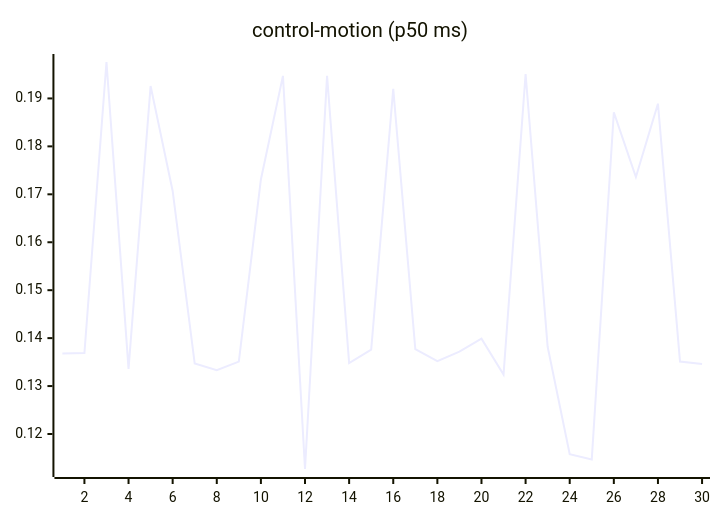
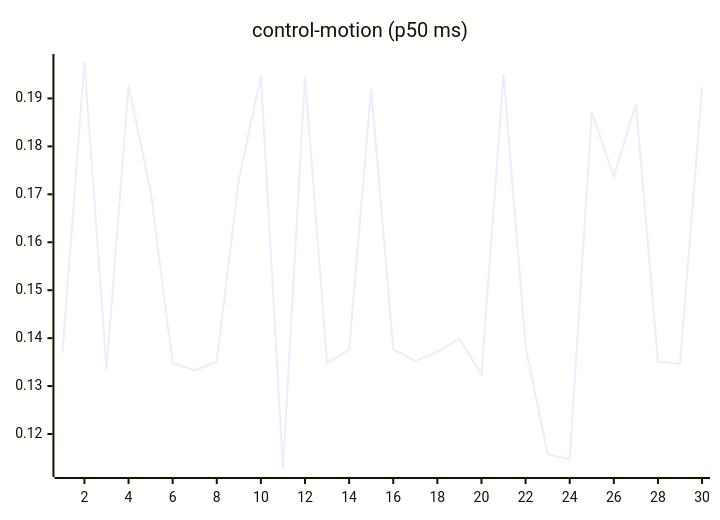
One commit to josha/Facet changed the seventh of 27 diagrams in README.md. Above: the diagram before and after it, drawn with Mermaid. The commit also changed other lines of this file and 2 other files, not shown here.

````diff
--- a/README.md
+++ b/README.md
@@ -105,6 +105,6 @@
 ```mermaid
 xychart-beta
     title "control-motion (p50 ms)"
     x-axis 1 --> 30
-    line [0.1368, 0.1369, 0.1976, 0.1336, 0.1926, 0.1707, 0.1347, 0.1333, 0.1351, 0.1731, 0.1947, 0.1127, 0.1947, 0.1348, 0.1376, 0.1920, 0.1377, 0.1352, 0.1372, 0.1399, 0.1324, 0.1951, 0.1382, 0.1158, 0.1147, 0.1871, 0.1736, 0.1889, 0.1351, 0.1346]
+    line [0.1369, 0.1976, 0.1336, 0.1926, 0.1707, 0.1347, 0.1333, 0.1351, 0.1731, 0.1947, 0.1127, 0.1947, 0.1348, 0.1376, 0.1920, 0.1377, 0.1352, 0.1372, 0.1399, 0.1324, 0.1951, 0.1382, 0.1158, 0.1147, 0.1871, 0.1736, 0.1889, 0.1351, 0.1346, 0.1923]
 ```
````
